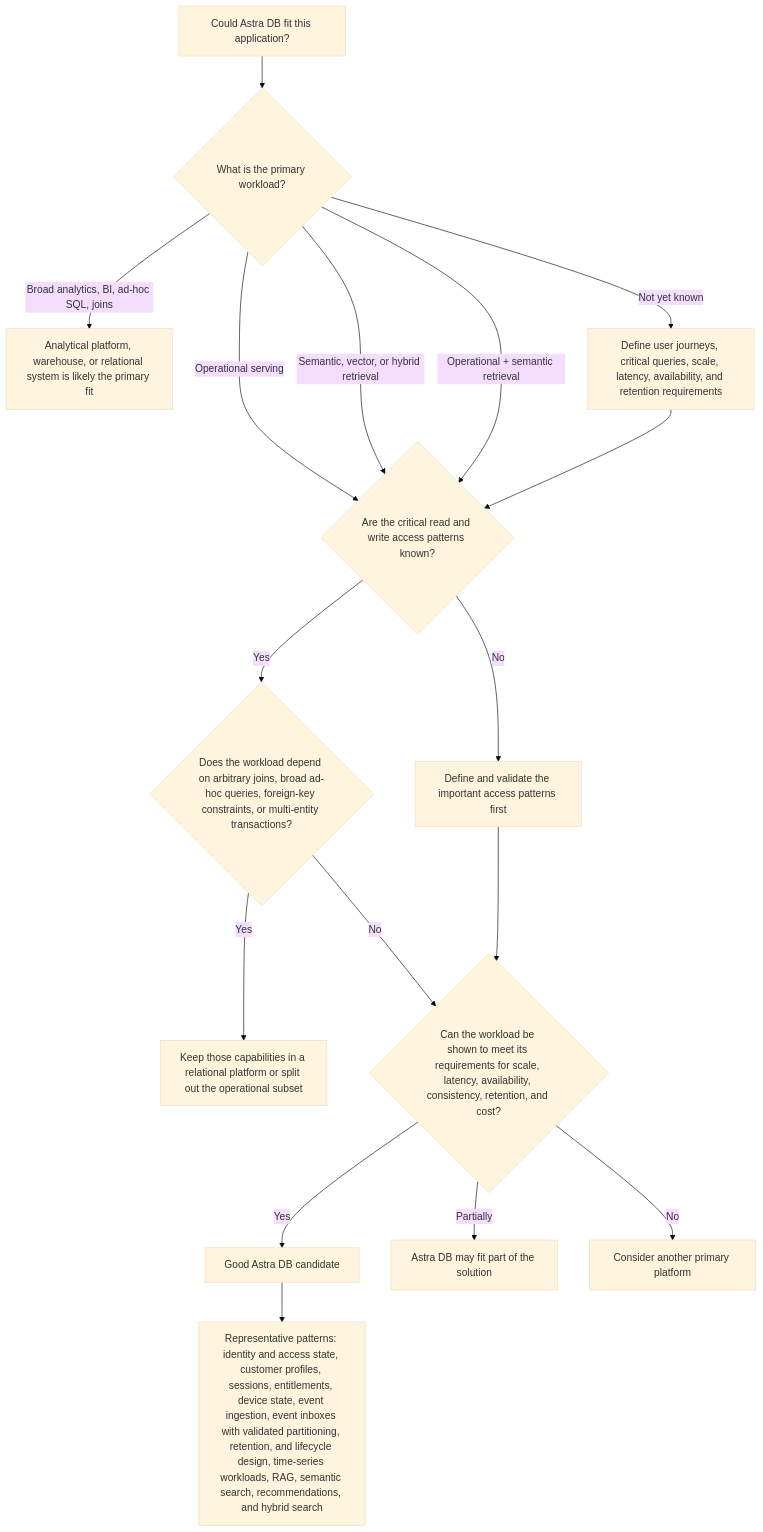
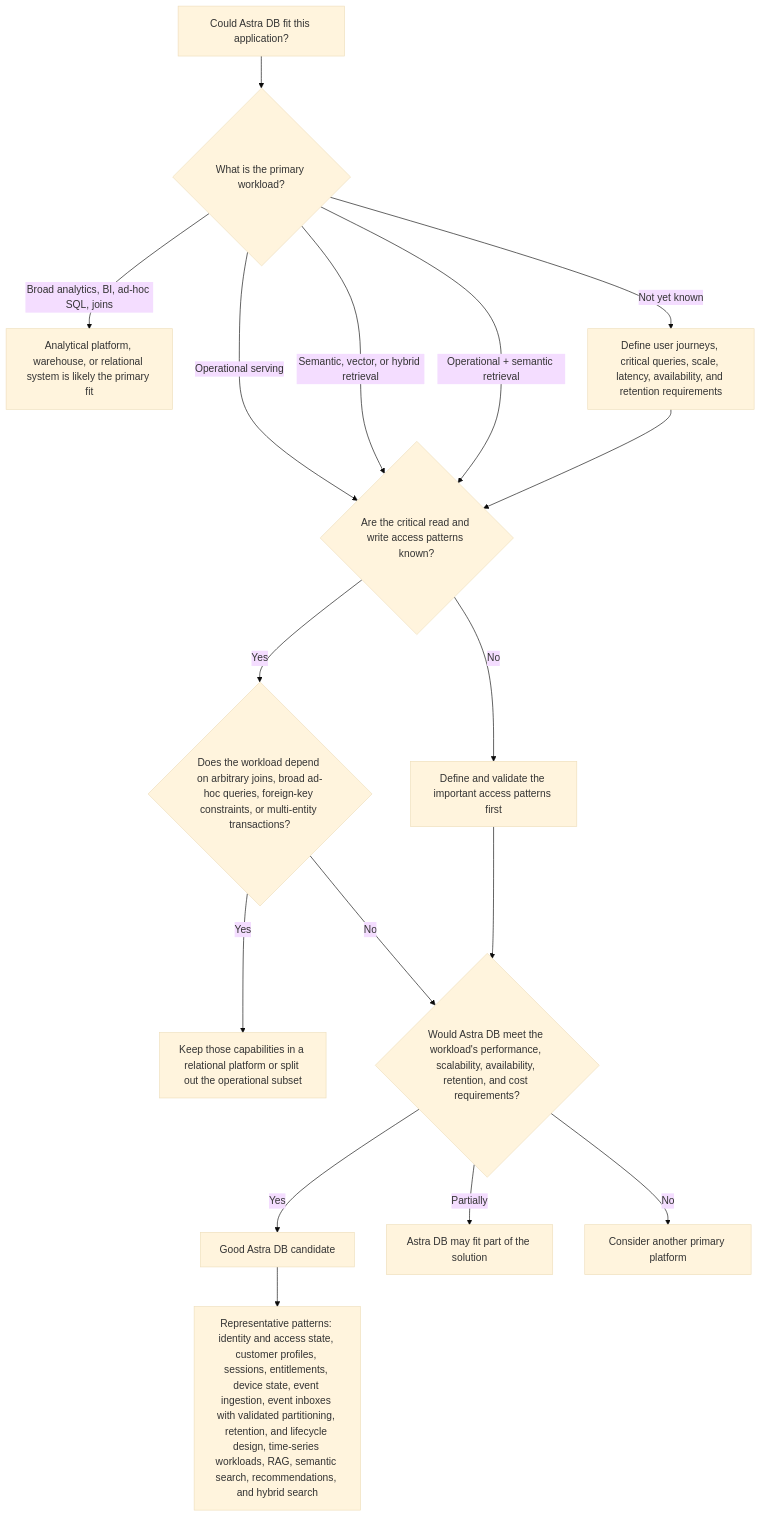
The first of 2 diagrams in 01-why-astra-db/why-astra-db.md (difli/astra-db-enablement), drawn with Mermaid (base theme) before and after one commit.

Commit message:
Ask whether Astra DB would meet the workload's operational requirements, not whether the workload can generally be shown to meet them.

````diff
--- a/01-why-astra-db/why-astra-db.md
+++ b/01-why-astra-db/why-astra-db.md
@@ -30,40 +30,40 @@
 ```mermaid
 flowchart TD
   start["Could Astra DB fit this application?"]
 
   start --> workload{"What is the primary workload?"}
 
   workload -->|"Operational serving"| access
   workload -->|"Semantic, vector, or hybrid retrieval"| access
   workload -->|"Operational + semantic retrieval"| access
 
   workload -->|"Broad analytics, BI, ad-hoc SQL, joins"| analytical["Analytical platform, warehouse, or relational system is likely the primary fit"]
 
   workload -->|"Not yet known"| discovery["Define user journeys, critical queries, scale, latency, availability, and retention requirements"]
 
   discovery --> access
 
   access{"Are the critical read and write access patterns known?"}
 
   access -->|"No"| design["Define and validate the important access patterns first"]
 
   access -->|"Yes"| relational
 
   relational{"Does the workload depend on arbitrary joins, broad ad-hoc queries, foreign-key constraints, or multi-entity transactions?"}
 
   relational -->|"Yes"| relationalfit["Keep those capabilities in a relational platform or split out the operational subset"]
 
   relational -->|"No"| validation
 
   design --> validation
 
-  validation{"Can the workload be shown to meet its requirements for scale, latency, availability, consistency, retention, and cost?"}
+  validation{"Would Astra DB meet the workload's performance, scalability, availability, retention, and cost requirements?"}
 
   validation -->|"Yes"| fit["Good Astra DB candidate"]
 
   validation -->|"Partially"| polyglot["Astra DB may fit part of the solution"]
 
   validation -->|"No"| other["Consider another primary platform"]
 
   fit --> examples["Representative patterns: identity and access state, customer profiles, sessions, entitlements, device state, event ingestion, event inboxes with validated partitioning, retention, and lifecycle design, time-series workloads, RAG, semantic search, recommendations, and hybrid search"]
 ```
````
